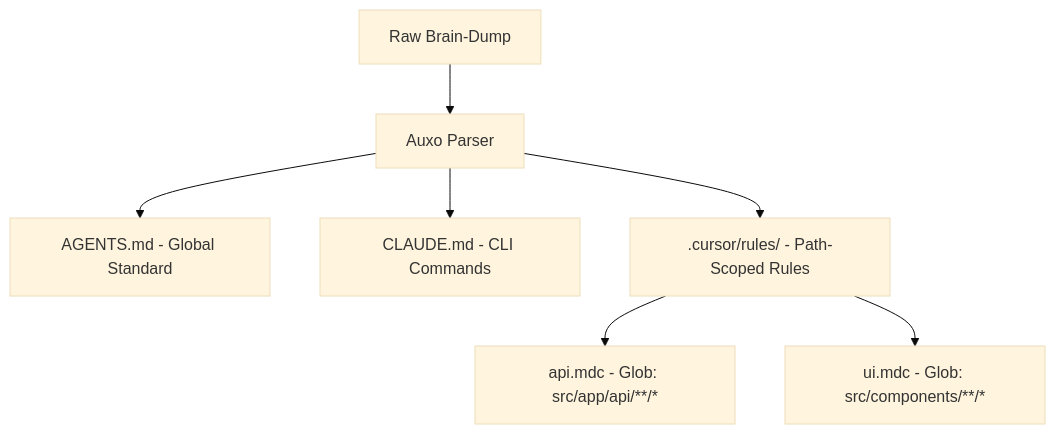
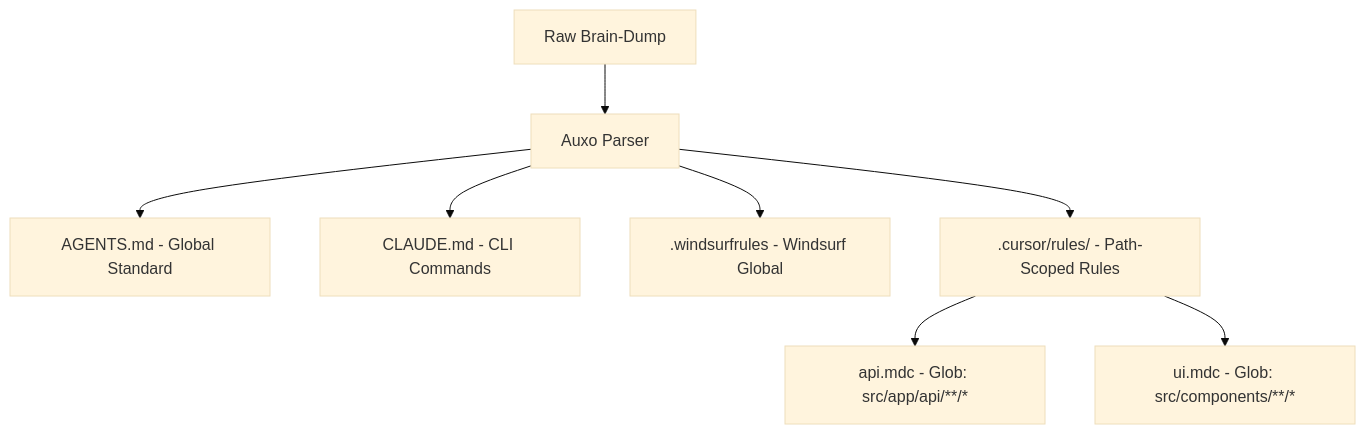
Before and after one commit to auxo-labs/Auxo: the diagram in docs/research.md, drawn with Mermaid (base theme). The commit also changed other lines of this file and 4 other files, not shown here.

````diff
--- a/docs/research.md
+++ b/docs/research.md
@@ -15,9 +15,10 @@
 ```mermaid
 graph TD
     A[Raw Brain-Dump] --> B[Auxo Parser]
     B --> C[AGENTS.md - Global Standard]
     B --> D[CLAUDE.md - CLI Commands]
+    B --> H[.windsurfrules - Windsurf Global]
     B --> E[.cursor/rules/ - Path-Scoped Rules]
     E --> F[api.mdc - Glob: src/app/api/**/*]
     E --> G[ui.mdc - Glob: src/components/**/*]
 ```
````
